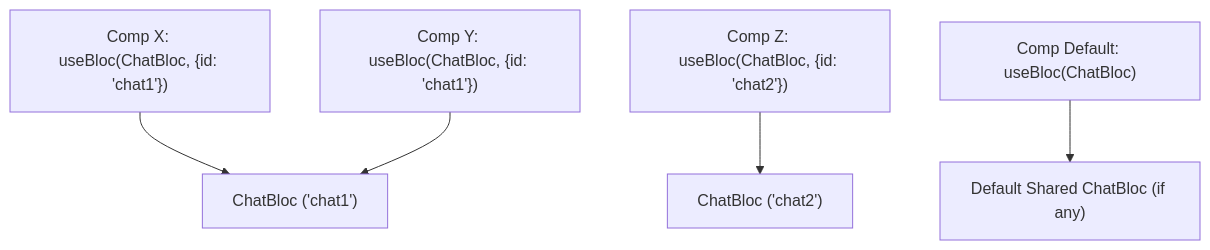
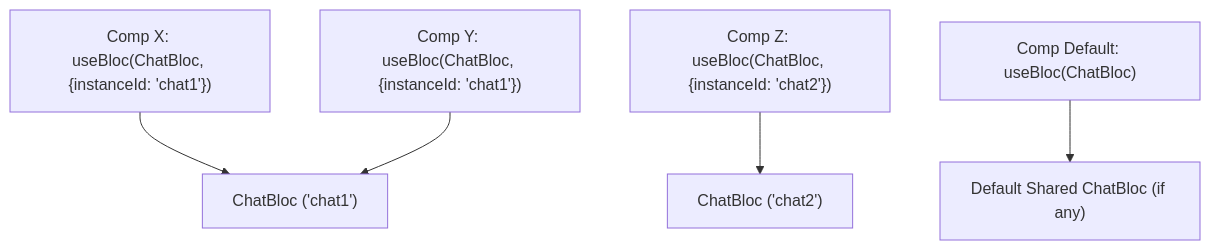
One commit to jsnanigans/blac changed the fourth of 5 diagrams in apps/docs/learn/architecture.md. Above: the diagram before and after it, drawn with Mermaid. The commit also changed other lines of this file and 10 other files, not shown here.

````diff
--- a/apps/docs/learn/architecture.md
+++ b/apps/docs/learn/architecture.md
@@ -159,7 +159,7 @@
 ```mermaid
 graph TD
-  CompX["Comp X: useBloc(ChatBloc, {id: 'chat1'})"] --> Chat1["ChatBloc ('chat1')"];
-  CompY["Comp Y: useBloc(ChatBloc, {id: 'chat1'})"] --> Chat1;
-  CompZ["Comp Z: useBloc(ChatBloc, {id: 'chat2'})"] --> Chat2["ChatBloc ('chat2')"];
+  CompX["Comp X: useBloc(ChatBloc, {instanceId: 'chat1'})"] --> Chat1["ChatBloc ('chat1')"];
+  CompY["Comp Y: useBloc(ChatBloc, {instanceId: 'chat1'})"] --> Chat1;
+  CompZ["Comp Z: useBloc(ChatBloc, {instanceId: 'chat2'})"] --> Chat2["ChatBloc ('chat2')"];
   CompDef["Comp Default: useBloc(ChatBloc)"] --> DefaultChat["Default Shared ChatBloc (if any)"];
 ```
````
